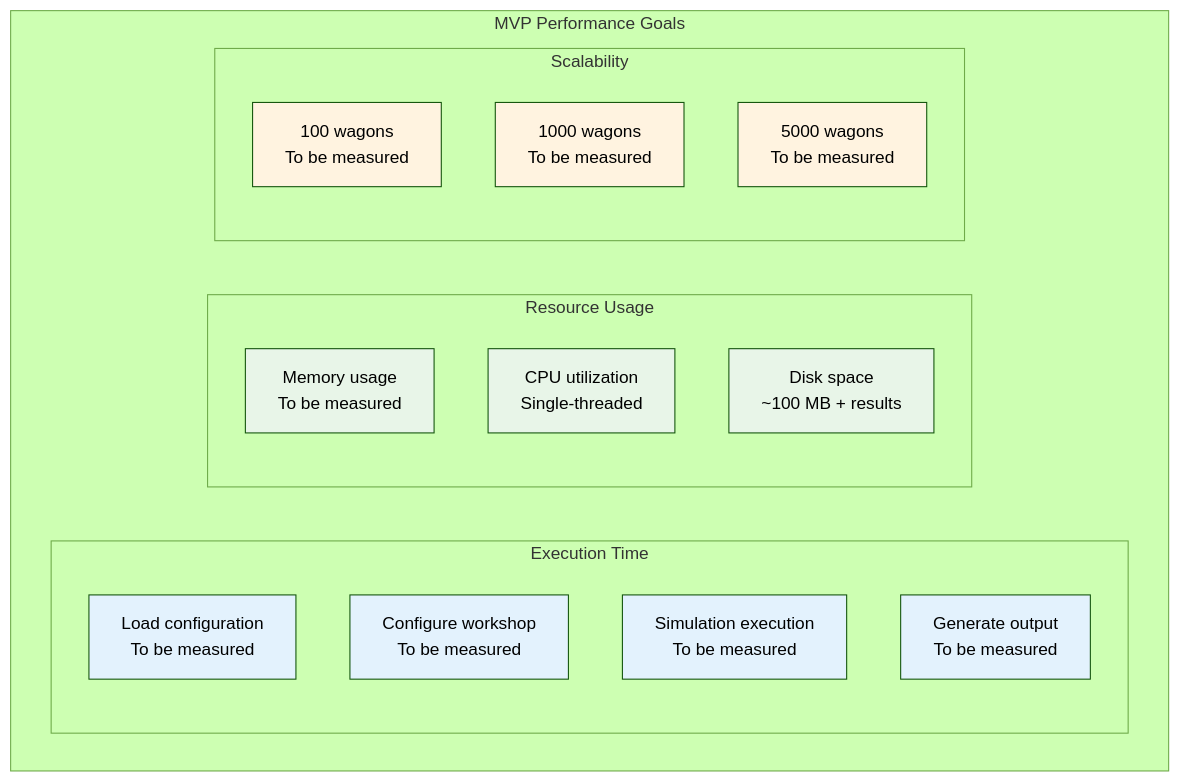
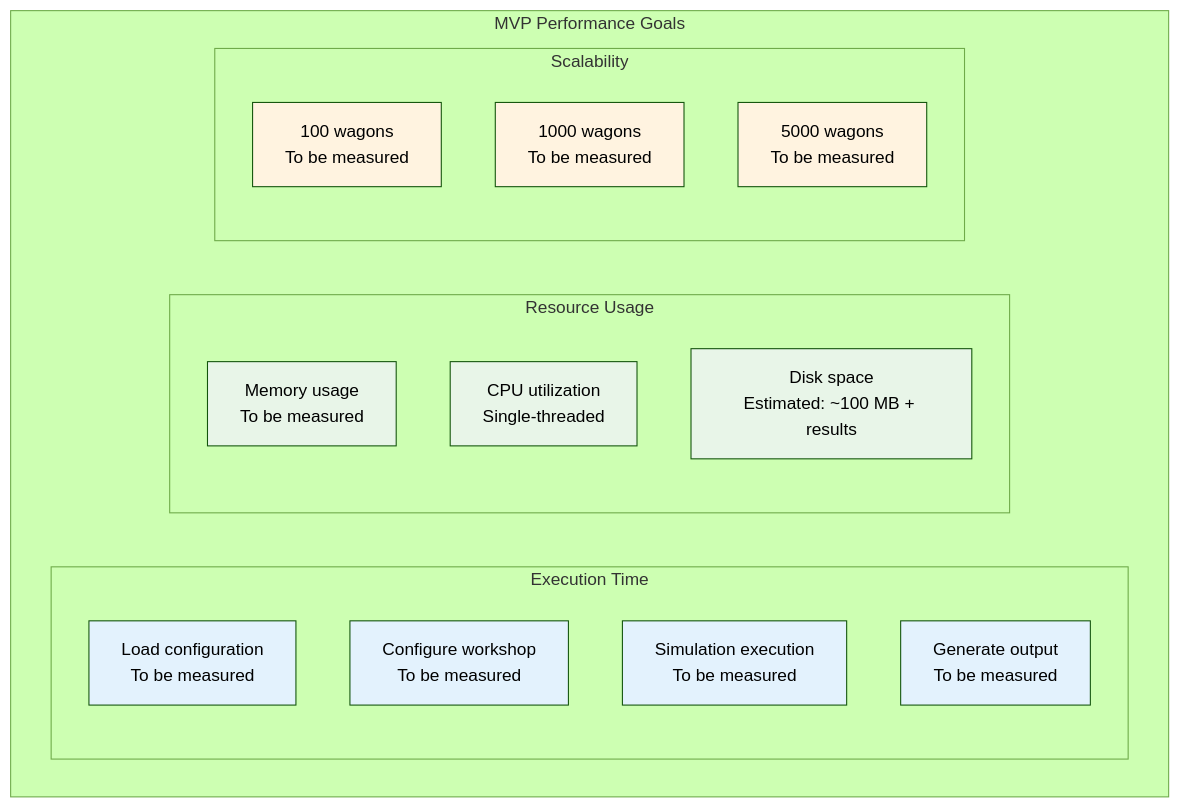
The first of 6 diagrams in docs/mvp/architecture/10-quality-requirements.md (OpenRailAssociation/dac-migration-dss-popupsim), drawn with Mermaid (forest theme) before and after one commit. The commit also changed other lines of this file and 22 other files, not shown here.

````diff
--- a/docs/mvp/architecture/10-quality-requirements.md
+++ b/docs/mvp/architecture/10-quality-requirements.md
@@ -23,31 +23,31 @@
 ```mermaid
 graph TB
     subgraph "MVP Performance Goals"
         subgraph "Execution Time"
             Config[Load configuration<br/>To be measured]
             Setup[Configure workshop<br/>To be measured]
             Sim[Simulation execution<br/>To be measured]
             Output[Generate output<br/>To be measured]
         end
 
         subgraph "Resource Usage"
             Memory[Memory usage<br/>To be measured]
             CPU[CPU utilization<br/>Single-threaded]
-            Disk[Disk space<br/>~100 MB + results]
+            Disk[Disk space<br/>Estimated: ~100 MB + results]
         end
 
         subgraph "Scalability"
             Small[100 wagons<br/>To be measured]
             Medium[1000 wagons<br/>To be measured]
             Large[5000 wagons<br/>To be measured]
         end
     end
 
     classDef time fill:#e3f2fd
     classDef resource fill:#e8f5e8
     classDef scale fill:#fff3e0
 
     class Config,Setup,Sim,Output time
     class Memory,CPU,Disk resource
     class Small,Medium,Large scale
 ```
````
